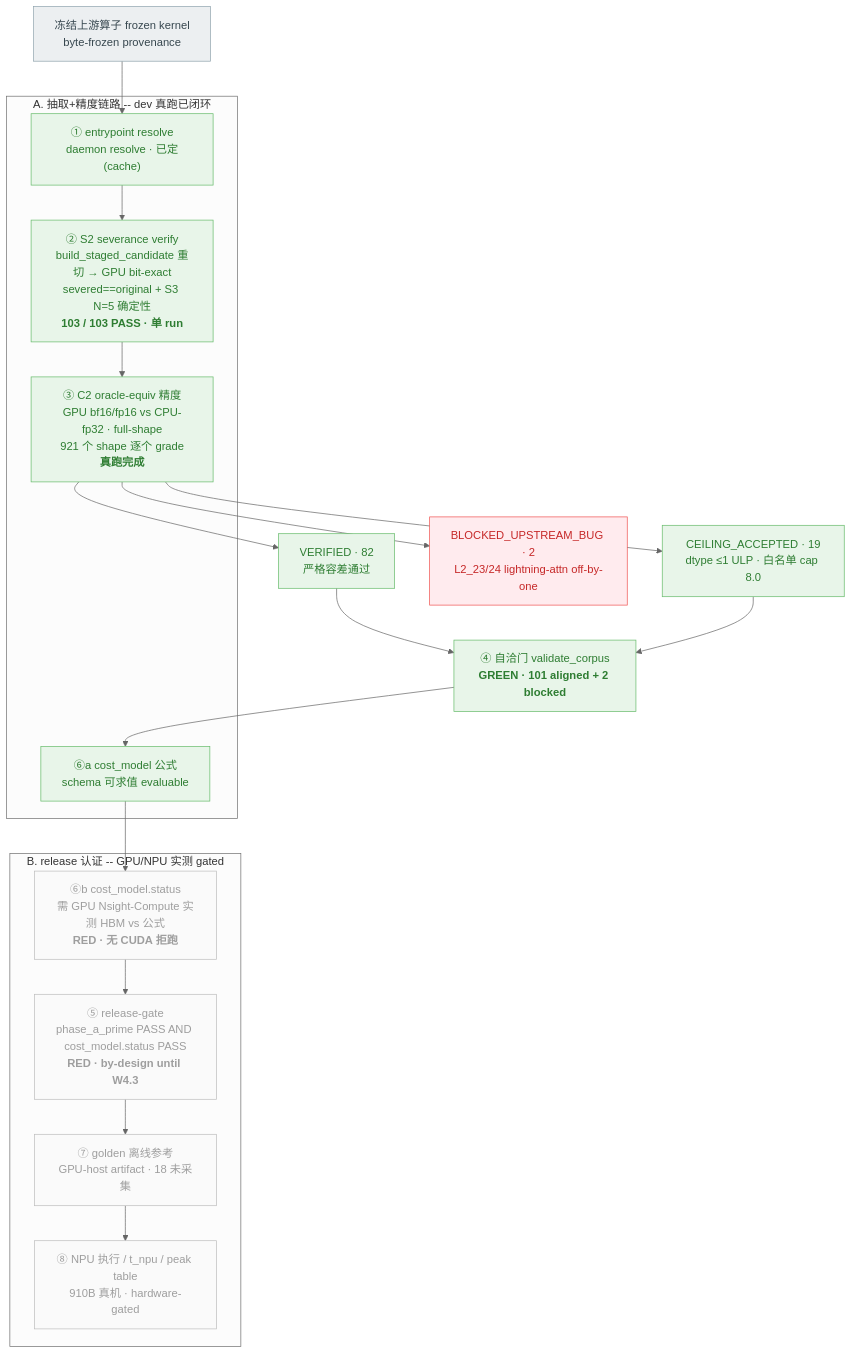
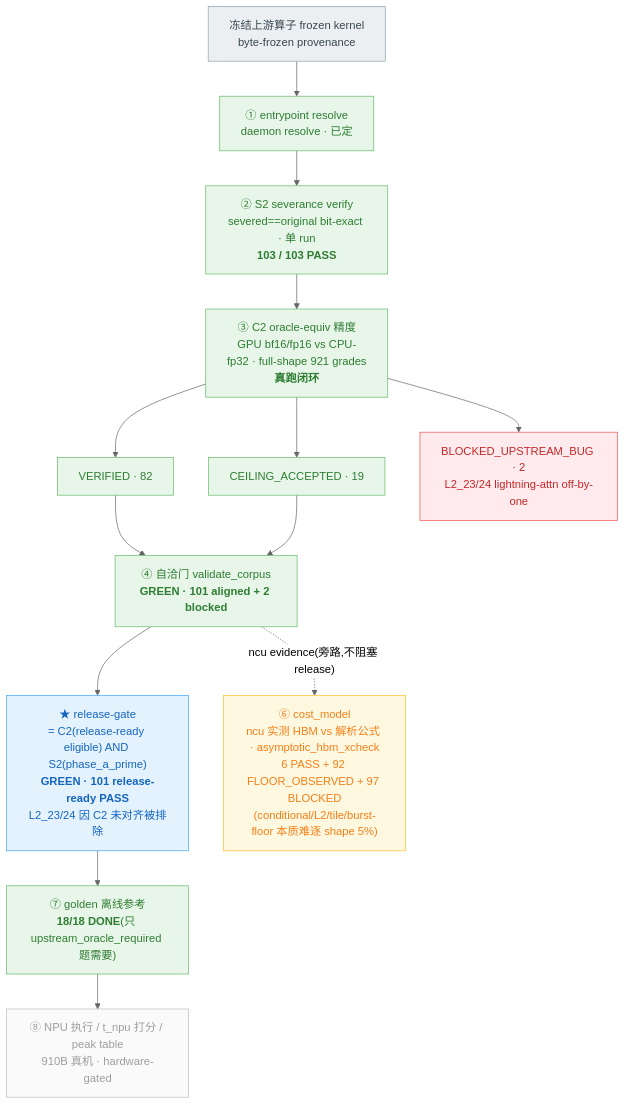
The diagram in docs/reviews/2026-06-04-pipeline-status.md (Gxj230958/TritonAscendBench), drawn with Mermaid (neutral theme) before and after one commit. The commit also changed other lines of this file and 120 other files, not shown here.

First line of the commit message:
feat: cost_model evidence-only; release gate keys on C2+S2

````diff
--- a/docs/reviews/2026-06-04-pipeline-status.md
+++ b/docs/reviews/2026-06-04-pipeline-status.md
@@ -9,32 +8,30 @@
 ```mermaid
 flowchart TD
     U["冻结上游算子 frozen kernel<br/>byte-frozen provenance"]:::frozen
 
-    subgraph extract["A. 抽取+精度链路 -- dev 真跑已闭环"]
-        S1["① entrypoint resolve<br/>daemon resolve · 已定(cache)"]:::done
-        S2["② S2 severance verify<br/>build_staged_candidate 重切 → GPU bit-exact<br/>severed==original + S3 N=5 确定性<br/><b>103 / 103 PASS · 单 run</b>"]:::done
-        S3["③ C2 oracle-equiv 精度<br/>GPU bf16/fp16 vs CPU-fp32 · full-shape<br/>921 个 shape 逐个 grade<br/><b>真跑完成</b>"]:::done
-        S6a["⑥a cost_model 公式<br/>schema 可求值 evaluable"]:::done
-    end
+    U --> S1["① entrypoint resolve<br/>daemon resolve · 已定"]:::done
+    S1 --> S2["② S2 severance verify<br/>severed==original bit-exact · 单 run<br/><b>103 / 103 PASS</b>"]:::done
+    S2 --> S3["③ C2 oracle-equiv 精度<br/>GPU bf16/fp16 vs CPU-fp32 · full-shape 921 grades<br/><b>真跑闭环</b>"]:::done
 
-    S3 --> outVer["VERIFIED · 82<br/>严格容差通过"]:::done
-    S3 --> outCeil["CEILING_ACCEPTED · 19<br/>dtype ≤1 ULP · 白名单 cap 8.0"]:::done
+    S3 --> outVer["VERIFIED · 82"]:::done
+    S3 --> outCeil["CEILING_ACCEPTED · 19"]:::done
     S3 --> outBlk["BLOCKED_UPSTREAM_BUG · 2<br/>L2_23/24 lightning-attn off-by-one"]:::blocked
 
-    subgraph cert["B. release 认证 -- GPU/NPU 实测 gated"]
-        S6b["⑥b cost_model.status<br/>需 GPU Nsight-Compute 实测 HBM vs 公式<br/><b>RED · 无 CUDA 拒跑</b>"]:::gated
-        S5["⑤ release-gate<br/>phase_a_prime PASS AND cost_model.status PASS<br/><b>RED · by-design until W4.3</b>"]:::gated
-        G1["⑦ golden 离线参考<br/>GPU-host artifact · 18 未采集"]:::gated
-        G2["⑧ NPU 执行 / t_npu / peak table<br/>910B 真机 · hardware-gated"]:::gated
-    end
+    outVer --> S4
+    outCeil --> S4
+    S4["④ 自洽门 validate_corpus<br/><b>GREEN · 101 aligned + 2 blocked</b>"]:::done
+    S4 --> RG["★ release-gate<br/>= C2(release-ready eligible) AND S2(phase_a_prime)<br/><b>GREEN · 101 release-ready PASS</b><br/>L2_23/24 因 C2 未对齐被排除"]:::gate
 
-    U --> S1 --> S2 --> S3
-    outVer --> S4["④ 自洽门 validate_corpus<br/><b>GREEN · 101 aligned + 2 blocked</b>"]:::done
-    outCeil --> S4
-    S4 --> S6a --> S6b --> S5 --> G1 --> G2
+    RG --> G1["⑦ golden 离线参考<br/><b>18/18 DONE</b>(只 upstream_oracle_required 题需要)"]:::done
+
+    S4 -. ncu evidence(旁路,不阻塞 release) .-> CM["⑥ cost_model<br/>ncu 实测 HBM vs 解析公式 · asymptotic_hbm_xcheck<br/>6 PASS + 92 FLOOR_OBSERVED + 97 BLOCKED<br/>(conditional/L2/tile/burst-floor 本质难逐 shape 5%)"]:::evidence
+
+    G1 --> G2["⑧ NPU 执行 / t_npu 打分 / peak table<br/>910B 真机 · hardware-gated"]:::gated
 
     classDef frozen fill:#ECEFF1,stroke:#90A4AE,color:#37474F
     classDef done fill:#E8F5E9,stroke:#66BB6A,color:#2E7D32
+    classDef gate fill:#E3F2FD,stroke:#42A5F5,color:#1565C0
+    classDef evidence fill:#FFF8E1,stroke:#FBC02D,color:#F57F17
     classDef gated fill:#FAFAFA,stroke:#BDBDBD,color:#9E9E9E
     classDef blocked fill:#FFEBEE,stroke:#EF5350,color:#C62828
 ```
````
